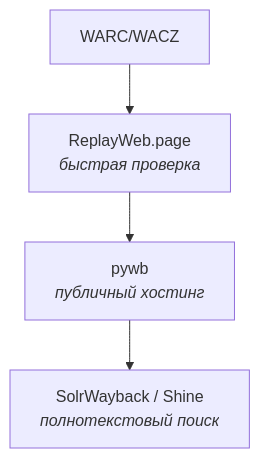
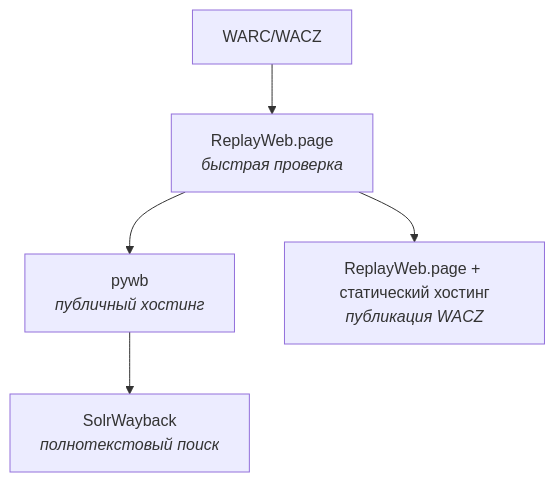
Before and after one commit to ruarxive/ruarxive.github.io: the diagram in kb/instruments/replay/index.md, drawn with Mermaid. The commit also changed other lines of this file and 200 other files, not shown here.

````diff
--- a/kb/instruments/replay/index.md
+++ b/kb/instruments/replay/index.md
@@ -76,6 +80,7 @@
 ```mermaid
 flowchart TB
     A["WARC/WACZ"] --> B["ReplayWeb.page<br/><i>быстрая проверка</i>"]
     B --> C["pywb<br/><i>публичный хостинг</i>"]
-    C --> D["SolrWayback / Shine<br/><i>полнотекстовый поиск</i>"]
+    B --> E["ReplayWeb.page + статический хостинг<br/><i>публикация WACZ</i>"]
+    C --> D["SolrWayback<br/><i>полнотекстовый поиск</i>"]
 ```
````
